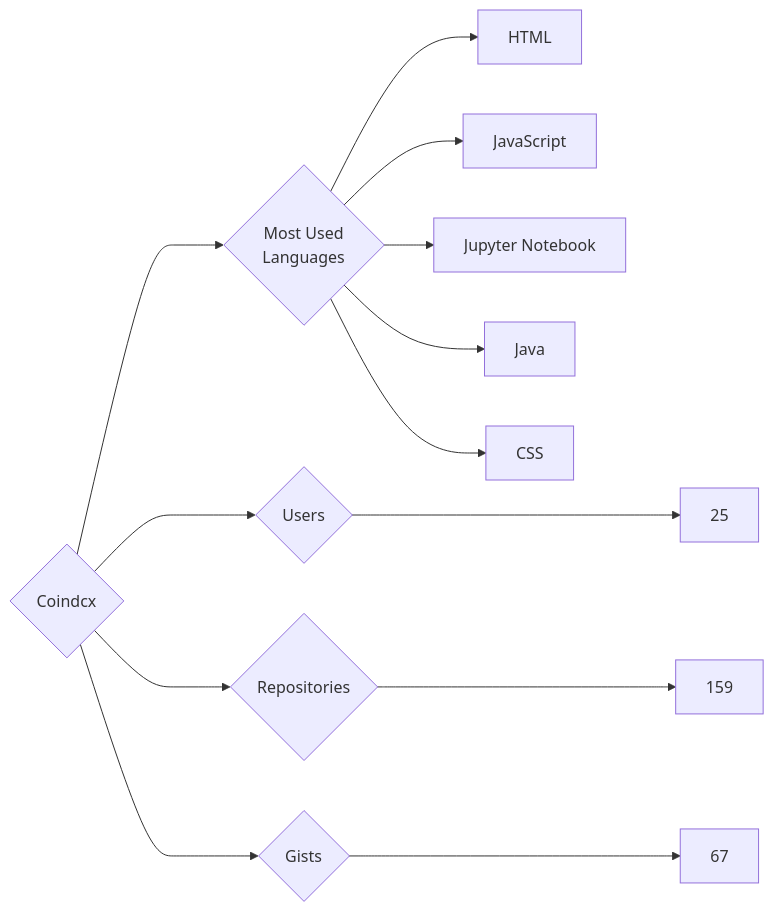
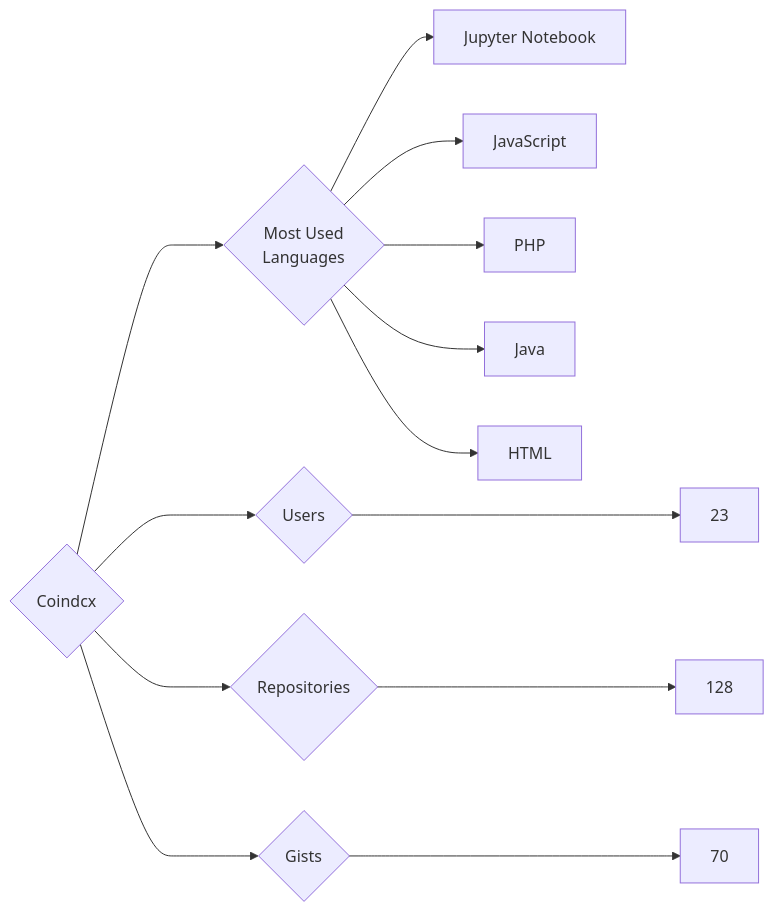
The diagram in targets/Coindcx/README.md (trickest/insiders), drawn with Mermaid before and after one commit. The commit also changed 657 other files, not shown here.

````diff
--- a/targets/Coindcx/README.md
+++ b/targets/Coindcx/README.md
@@ -3,13 +3,13 @@
 ```mermaid
 graph LR
 COMPANY_NAME{Coindcx}
-COMPANY_NAME ---> U{Users} ---> UN[25]
-COMPANY_NAME ---> R{Repositories} ---> RN[159]
-COMPANY_NAME ---> G{Gists} ---> GN[67]
+COMPANY_NAME ---> U{Users} ---> UN[23]
+COMPANY_NAME ---> R{Repositories} ---> RN[128]
+COMPANY_NAME ---> G{Gists} ---> GN[70]
 COMPANY_NAME ---> ML{Most Used<br>Languages}
+ML --> Jupyter_Notebook[Jupyter Notebook]
+ML --> JavaScript[JavaScript]
+ML --> PHP[PHP]
+ML --> Java[Java]
 ML --> HTML[HTML]
-ML --> JavaScript[JavaScript]
-ML --> Jupyter_Notebook[Jupyter Notebook]
-ML --> Java[Java]
-ML --> CSS[CSS]
 ```
````
